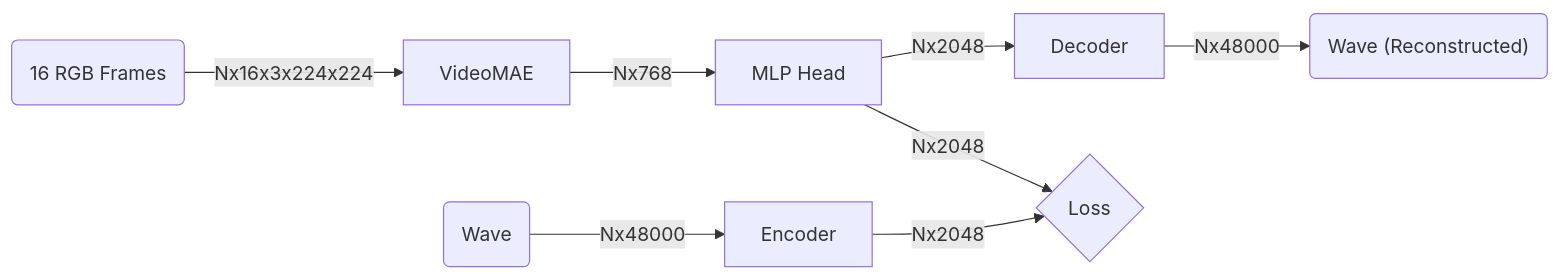
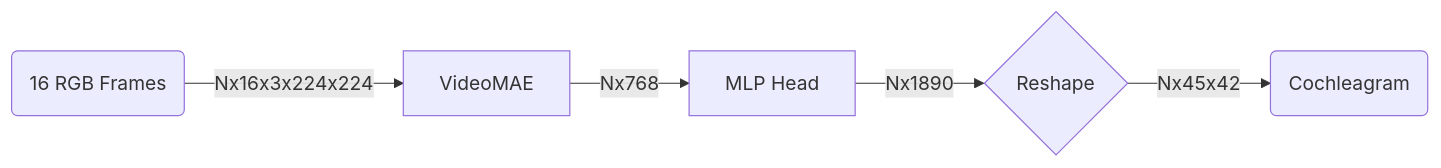
One commit to Aa-Aanegola/visually-indicated-sounds changed the diagram in src/experiments/VMAEModel/README.md. Above: the diagram before and after it, drawn with Mermaid. The commit also changed 1 other file, not shown here.

Commit message:
Fixed diagrams

````diff
--- a/src/experiments/VMAEModel/README.md
+++ b/src/experiments/VMAEModel/README.md
@@ -5,23 +5,14 @@
 ```mermaid
 flowchart LR
 
-in1(Wave)
-encoder[Encoder]
-decoder[Decoder]
-out1("Wave (Reconstructed)")
-
-in2(16 RGB Frames)
+in(16 RGB Frames)
 featureExtractor[VideoMAE]
 mlp[MLP Head]
+reshape{Reshape}
+out(Cochleagram)
 
-loss{Loss}
-
-in2 -->|Nx16x3x224x224| featureExtractor
+in -->|Nx16x3x224x224| featureExtractor
 featureExtractor -->|Nx768| mlp
-mlp --> |Nx2048|decoder
-decoder -->|Nx48000| out1
-
-in1 -->|Nx48000| encoder
-encoder -->|Nx2048|loss
-mlp --> |Nx2048|loss
+mlp -->|Nx1890|reshape
+reshape -->|Nx45x42| out
 ```
````
